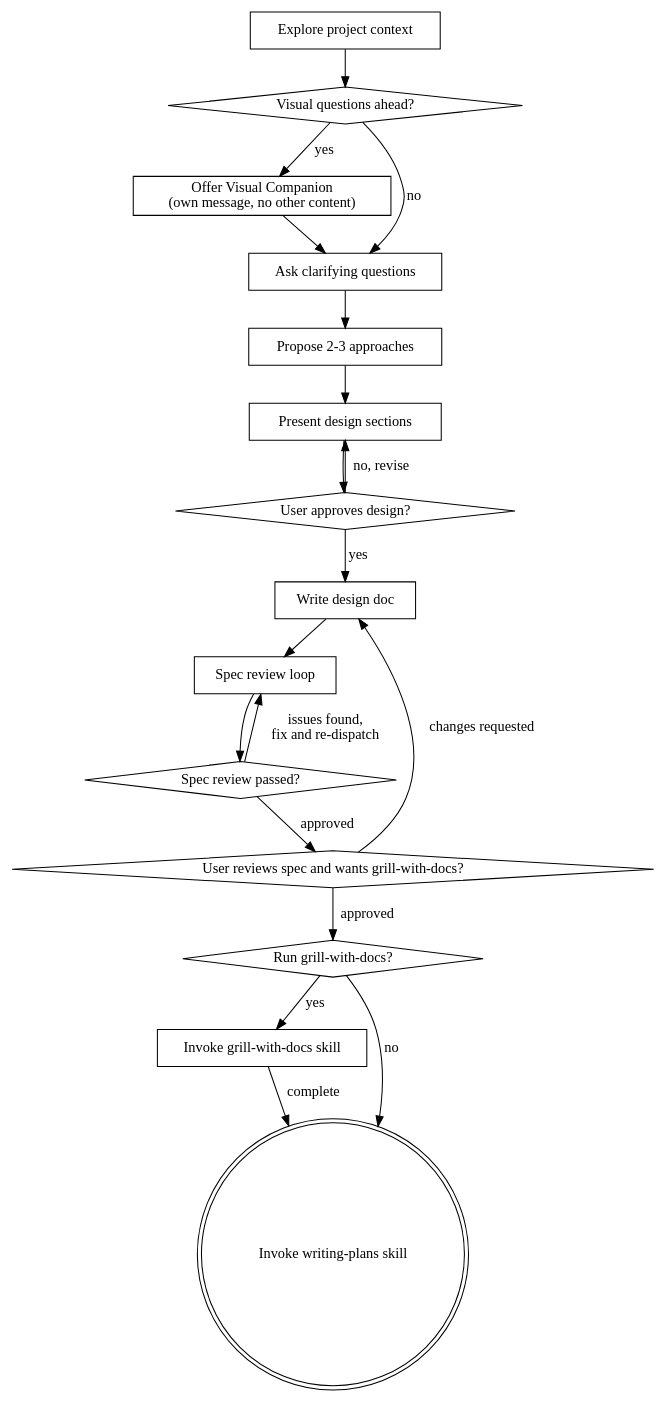
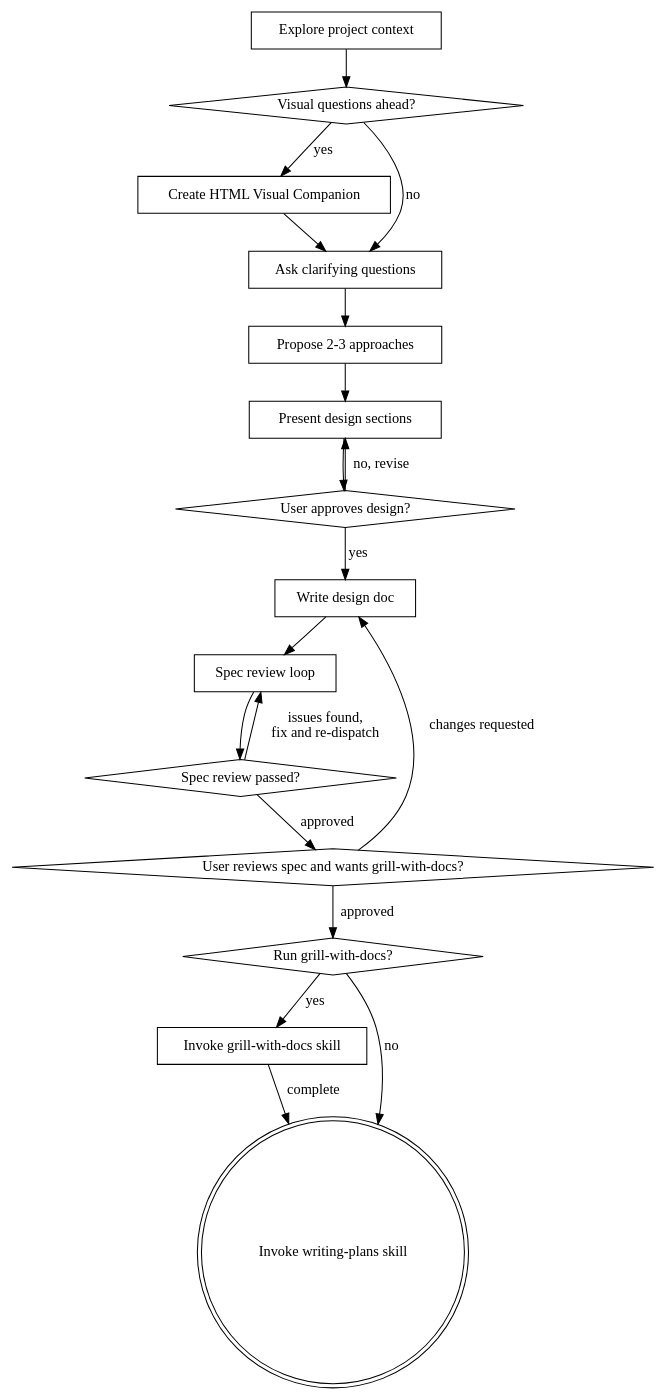
One commit to stanley50z/sz-skills changed the diagram in skills/brainstorming/SKILL.md. Above: the diagram before and after it, drawn with Graphviz. The commit also changed other lines of this file and 4 other files, not shown here.

First line of the commit message:
docs: update skill catalog and brainstorming flow

````diff
--- a/skills/brainstorming/SKILL.md
+++ b/skills/brainstorming/SKILL.md
@@ -36,37 +36,37 @@
 ```dot
 digraph brainstorming {
     "Explore project context" [shape=box];
     "Visual questions ahead?" [shape=diamond];
-    "Offer Visual Companion\n(own message, no other content)" [shape=box];
+    "Create HTML Visual Companion" [shape=box];
     "Ask clarifying questions" [shape=box];
     "Propose 2-3 approaches" [shape=box];
     "Present design sections" [shape=box];
     "User approves design?" [shape=diamond];
     "Write design doc" [shape=box];
     "Spec review loop" [shape=box];
     "Spec review passed?" [shape=diamond];
     "User reviews spec and wants grill-with-docs?" [shape=diamond];
     "Run grill-with-docs?" [shape=diamond];
     "Invoke grill-with-docs skill" [shape=box];
     "Invoke writing-plans skill" [shape=doublecircle];
 
     "Explore project context" -> "Visual questions ahead?";
-    "Visual questions ahead?" -> "Offer Visual Companion\n(own message, no other content)" [label="yes"];
+    "Visual questions ahead?" -> "Create HTML Visual Companion" [label="yes"];
     "Visual questions ahead?" -> "Ask clarifying questions" [label="no"];
-    "Offer Visual Companion\n(own message, no other content)" -> "Ask clarifying questions";
+    "Create HTML Visual Companion" -> "Ask clarifying questions";
     "Ask clarifying questions" -> "Propose 2-3 approaches";
     "Propose 2-3 approaches" -> "Present design sections";
     "Present design sections" -> "User approves design?";
     "User approves design?" -> "Present design sections" [label="no, revise"];
     "User approves design?" -> "Write design doc" [label="yes"];
     "Write design doc" -> "Spec review loop";
     "Spec review loop" -> "Spec review passed?";
     "Spec review passed?" -> "Spec review loop" [label="issues found,\nfix and re-dispatch"];
     "Spec review passed?" -> "User reviews spec and wants grill-with-docs?" [label="approved"];
     "User reviews spec and wants grill-with-docs?" -> "Write design doc" [label="changes requested"];
     "User reviews spec and wants grill-with-docs?" -> "Run grill-with-docs?" [label="approved"];
     "Run grill-with-docs?" -> "Invoke grill-with-docs skill" [label="yes"];
     "Invoke grill-with-docs skill" -> "Invoke writing-plans skill" [label="complete"];
     "Run grill-with-docs?" -> "Invoke writing-plans skill" [label="no"];
 }
 ```
````
